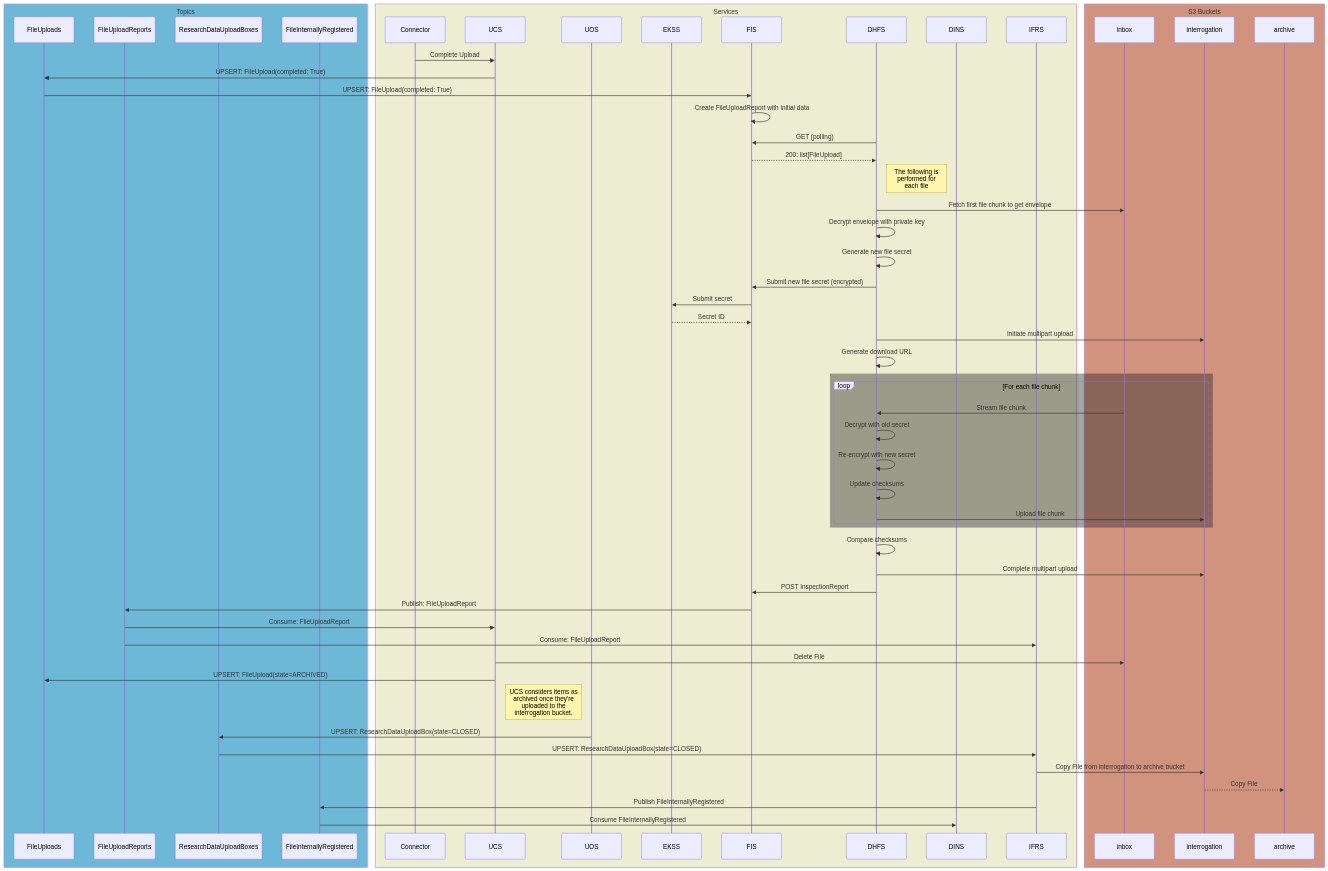
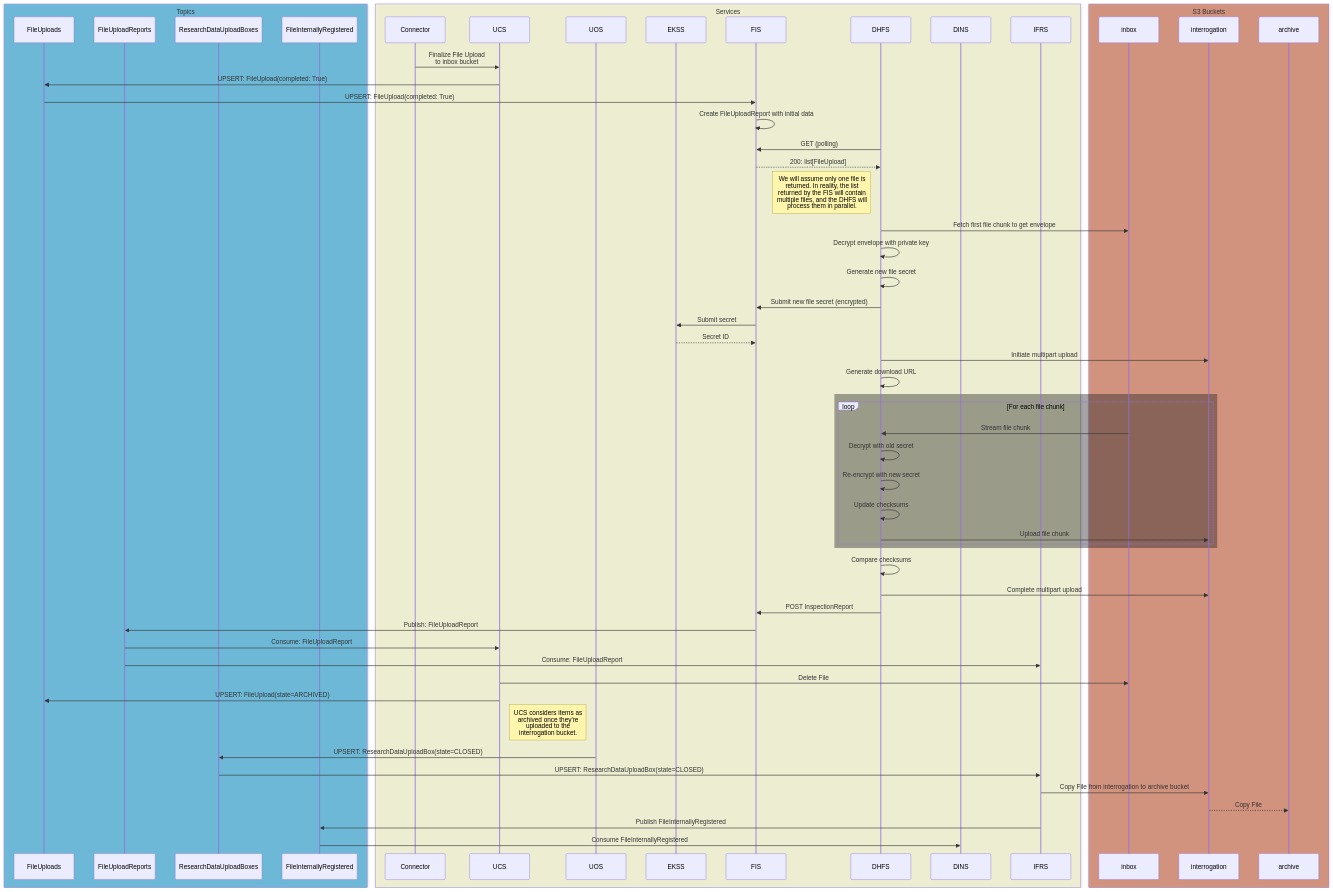
The first of 3 diagrams in 84-sarcastic-fringehead/technical_specification.md (ghga-de/epic-docs), drawn with Mermaid before and after one commit.

Commit message:
Clarify sequence diagram is only for one file

````diff
--- a/84-sarcastic-fringehead/technical_specification.md
+++ b/84-sarcastic-fringehead/technical_specification.md
@@ -352,64 +352,64 @@
 ```mermaid
 sequenceDiagram
     box rgb(0, 150, 210, 0.5) Topics
         participant FileUploads
         participant FileUploadReports
         participant ResearchDataUploadBoxes
         participant FileInternallyRegistered
     end
     box rgb(255, 255, 200, .5) Services
         participant Connector
         participant UCS
         participant UOS
         participant EKSS
         participant FIS
         participant DHFS
         participant DINS
         participant IFRS
     end
     box rgb(200, 75, 35, 0.5) S3 Buckets
         participant inbox
         participant interrogation
         participant archive
     end
     
-    Connector->>UCS: Complete Upload
+    Connector->>UCS: Finalize File Upload<br>to inbox bucket
     UCS->>FileUploads: UPSERT: FileUpload(completed: True)
     FileUploads->>FIS: UPSERT: FileUpload(completed: True)
     FIS->>FIS: Create FileUploadReport with initial data
     DHFS->>FIS: GET (polling)
     FIS-->>DHFS: 200: list[FileUpload]
-    note right of DHFS: The following is<br>performed for<br>each file
+    note left of DHFS: We will assume only one file is<br>returned. In reality, the list<br>returned by the FIS will contain<br>multiple files, and the DHFS will<br>process them in parallel.
     DHFS->>inbox: Fetch first file chunk to get envelope
     DHFS->>DHFS: Decrypt envelope with private key
     DHFS->>DHFS: Generate new file secret
     DHFS->>FIS: Submit new file secret (encrypted)
     FIS->>EKSS: Submit secret
     EKSS-->>FIS: Secret ID
     DHFS->>interrogation: Initiate multipart upload
     DHFS->>DHFS: Generate download URL
     rect rgb(30, 30, 30, .4)
         loop For each file chunk
             inbox->>DHFS: Stream file chunk
             DHFS->>DHFS: Decrypt with old secret
             DHFS->>DHFS: Re-encrypt with new secret
             DHFS->>DHFS: Update checksums
             DHFS->>interrogation: Upload file chunk
         end
     end
     DHFS->>DHFS: Compare checksums
     DHFS->>interrogation: Complete multipart upload
     DHFS->>FIS: POST InspectionReport
     FIS->>FileUploadReports: Publish: FileUploadReport
     FileUploadReports->>UCS: Consume: FileUploadReport
     FileUploadReports->>IFRS: Consume: FileUploadReport
     UCS->>inbox: Delete File
     UCS->>FileUploads: UPSERT: FileUpload(state=ARCHIVED)
     Note right of UCS: UCS considers items as<br> archived once they're <br> uploaded to the <br> interrogation bucket.
     UOS->>ResearchDataUploadBoxes: UPSERT: ResearchDataUploadBox(state=CLOSED)
     ResearchDataUploadBoxes->>IFRS: UPSERT: ResearchDataUploadBox(state=CLOSED)
     IFRS->>interrogation: Copy File from interrogation to archive bucket
     interrogation-->>archive: Copy File
     IFRS->>FileInternallyRegistered: Publish FileInternallyRegistered
     FileInternallyRegistered->>DINS: Consume FileInternallyRegistered
 ```
````
